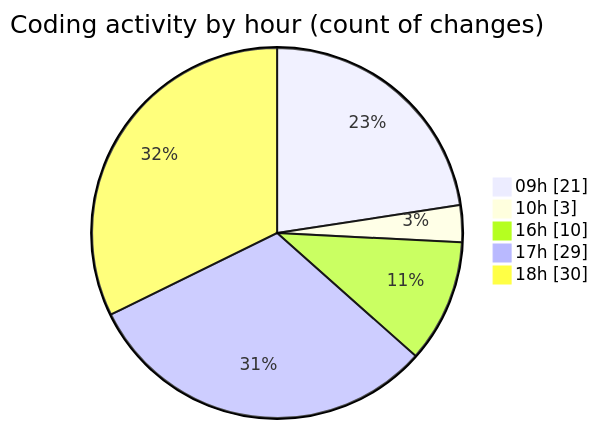
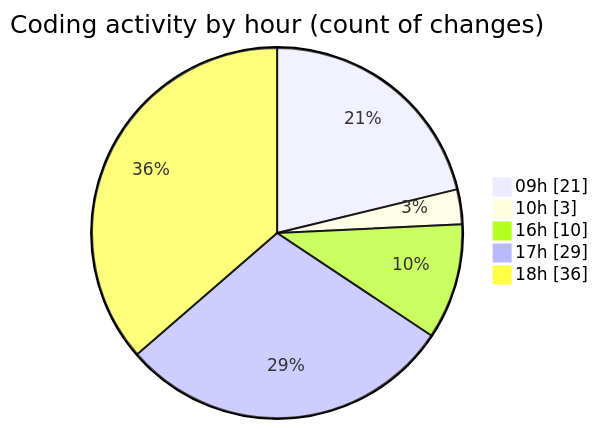
One commit to momahboobian/code-tracking changed the second of 2 diagrams in 2025-12-17/cda/README.md. Above: the diagram before and after it, drawn with Mermaid. The commit also changed other lines of this file and 1 other file, not shown here.

````diff
--- a/2025-12-17/cda/README.md
+++ b/2025-12-17/cda/README.md
@@ -57,9 +57,9 @@
 ```mermaid
 pie showData
 title Coding activity by hour (count of changes)
 "09h" : 21
 "10h" : 3
 "16h" : 10
 "17h" : 29
-"18h" : 30
+"18h" : 36
 ```
````
